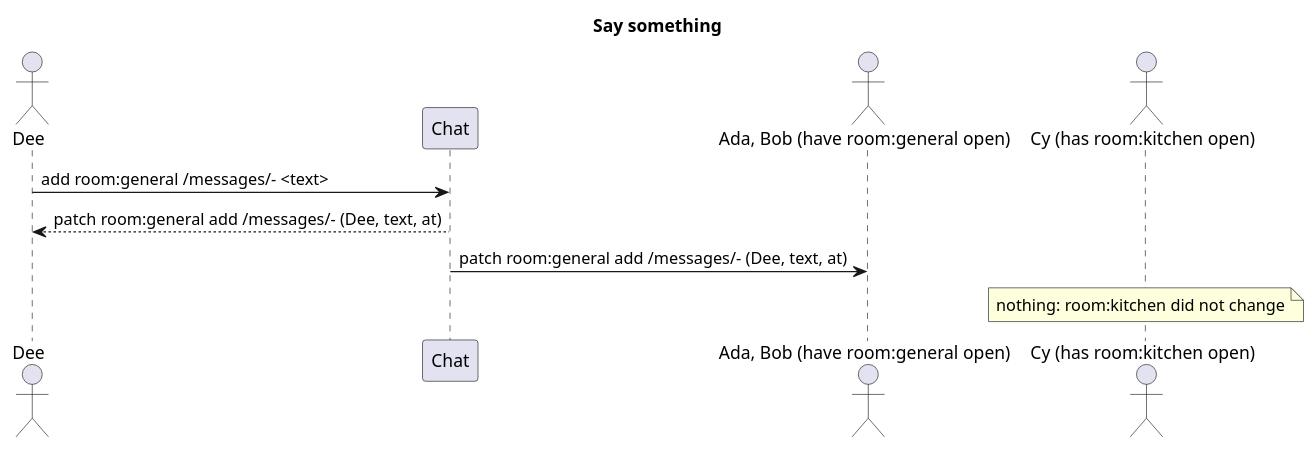
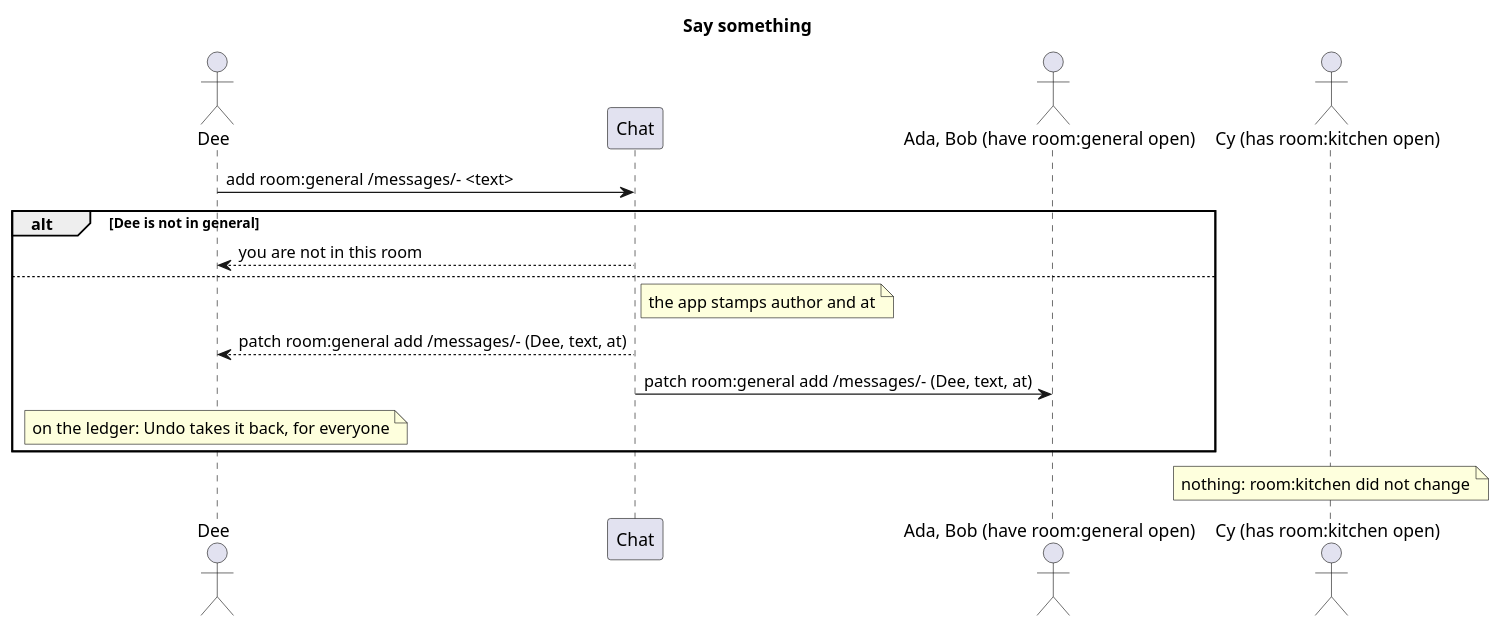
One commit to blueshed/dzql changed the diagram in uml/src/seq-say-something.puml. Above: the diagram before and after it, drawn with PlantUML. The commit also changed 10 other files, not shown here.

```diff
--- a/uml/src/seq-say-something.puml
+++ b/uml/src/seq-say-something.puml
@@ -1,12 +1,18 @@
 @startuml
 title Say something
 actor "Dee" as dee
 participant "Chat" as app
 actor "Ada, Bob (have room:general open)" as room
 actor "Cy (has room:kitchen open)" as other
 
 dee -> app : add room:general /messages/- <text>
-app --> dee : patch room:general add /messages/- (Dee, text, at)
-app -> room : patch room:general add /messages/- (Dee, text, at)
+alt Dee is not in general
+  app --> dee : you are not in this room
+else
+  note right of app : the app stamps author and at
+  app --> dee : patch room:general add /messages/- (Dee, text, at)
+  app -> room : patch room:general add /messages/- (Dee, text, at)
+  note over dee : on the ledger: Undo takes it back, for everyone
+end
 note over other : nothing: room:kitchen did not change
 @enduml
```
